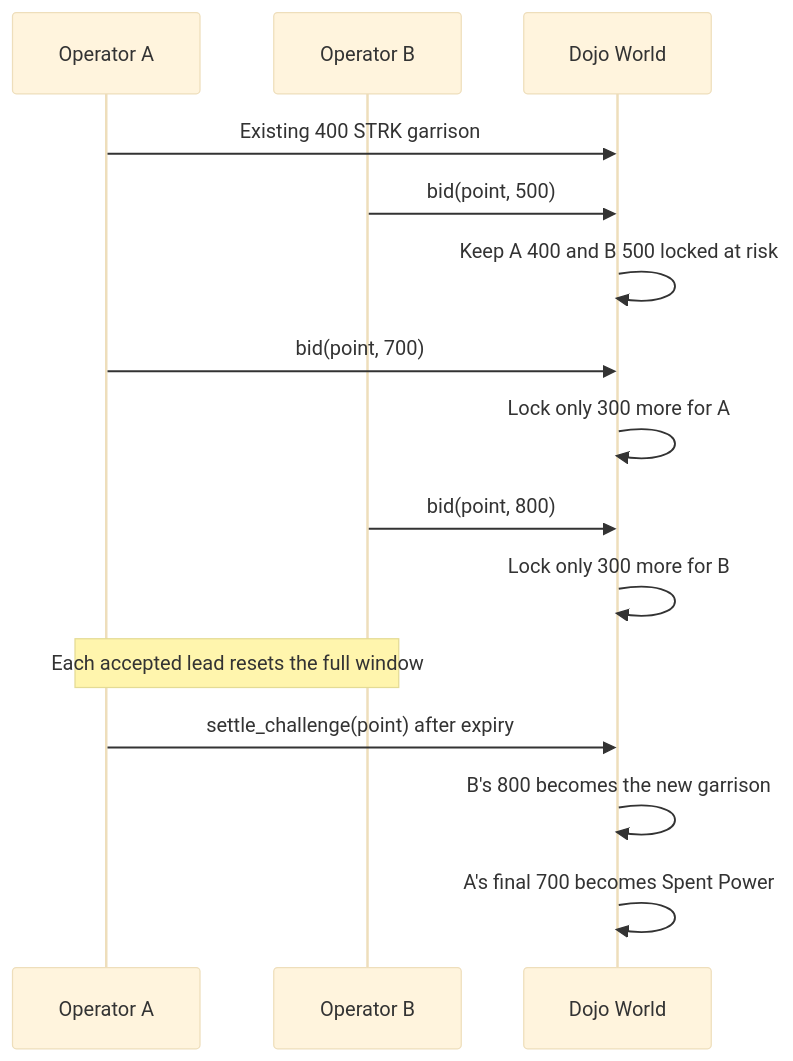
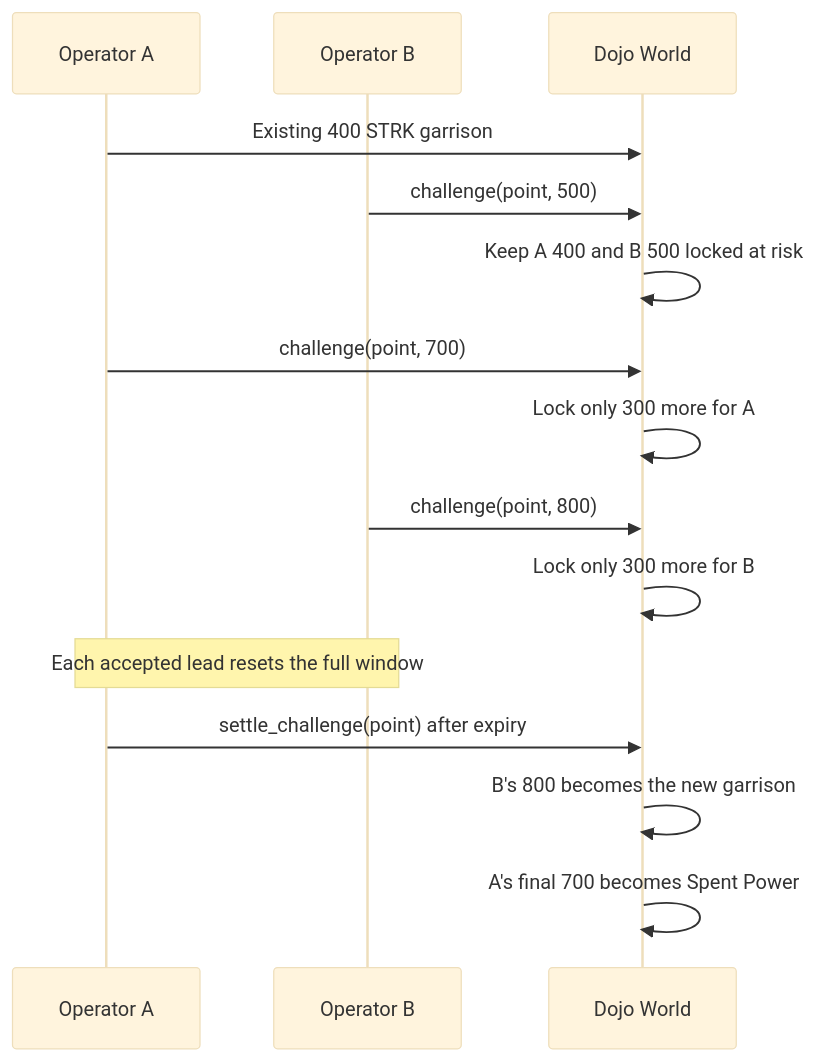
Before and after one commit to broody/stake-wars: the diagram in docs/OPEN_CHALLENGE_FLOW.md, drawn with Mermaid (base theme). The commit also changed other lines of this file and 27 other files, not shown here.

````diff
--- a/docs/OPEN_CHALLENGE_FLOW.md
+++ b/docs/OPEN_CHALLENGE_FLOW.md
@@ -32,18 +32,18 @@
 ```mermaid
 sequenceDiagram
     participant A as Operator A
     participant B as Operator B
     participant W as Dojo World
 
     A->>W: Existing 400 STRK garrison
-    B->>W: bid(point, 500)
+    B->>W: challenge(point, 500)
     W->>W: Keep A 400 and B 500 locked at risk
-    A->>W: bid(point, 700)
+    A->>W: challenge(point, 700)
     W->>W: Lock only 300 more for A
-    B->>W: bid(point, 800)
+    B->>W: challenge(point, 800)
     W->>W: Lock only 300 more for B
     Note over A,B: Each accepted lead resets the full window
     A->>W: settle_challenge(point) after expiry
     W->>W: B's 800 becomes the new garrison
     W->>W: A's final 700 becomes Spent Power
 ```
````
